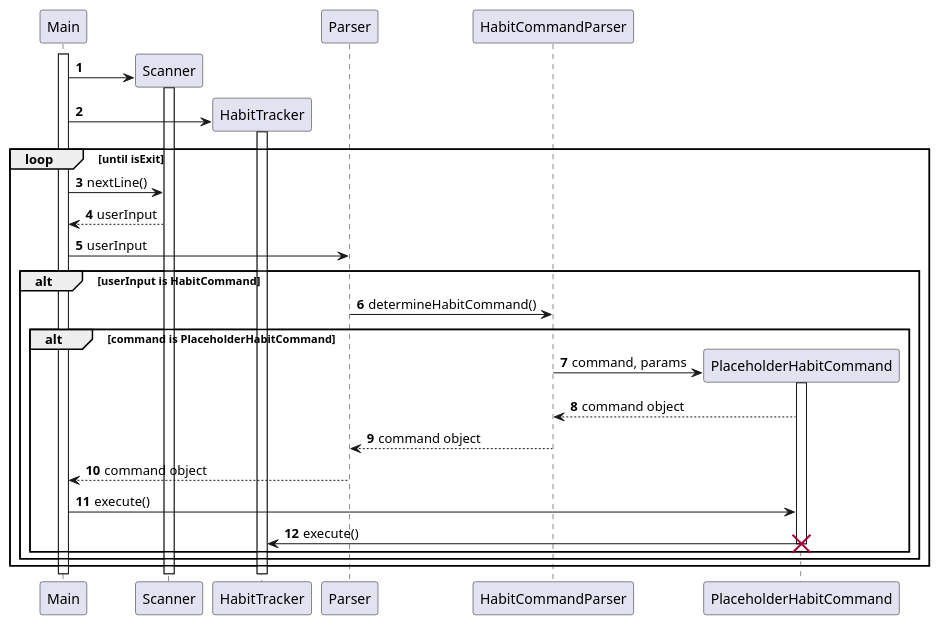
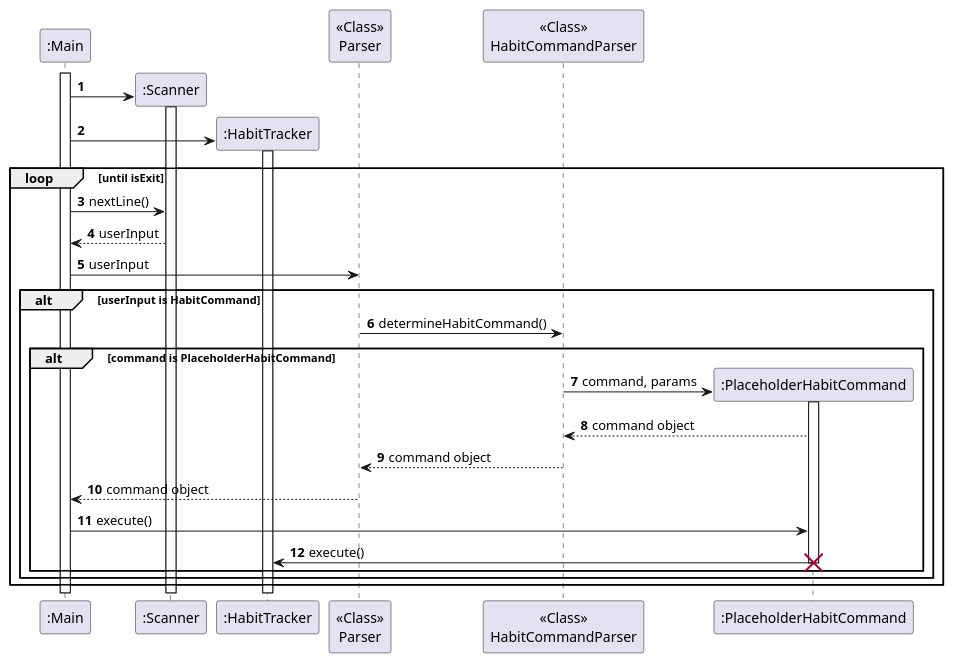
The diagram in docs/diagrams/habit/HabitSequenceDiagram.puml (AY2324S2-CS2113-T11-1/tp), drawn with PlantUML before and after one commit. The commit also changed 3 other files, not shown here.

Commit message:
Update habit class and sequence diagrams

```diff
--- a/docs/diagrams/habit/HabitSequenceDiagram.puml
+++ b/docs/diagrams/habit/HabitSequenceDiagram.puml
@@ -1,45 +1,45 @@
 @startuml
 'https://plantuml.com/sequence-diagram
 
 autonumber
 
-participant Main
-participant Scanner
-participant HabitTracker
-participant Parser
-participant HabitCommandParser
-participant PlaceholderHabitCommand
+participant ":Main" as Main
+participant ":Scanner" as Scanner
+participant ":HabitTracker" as HabitTracker
+participant "<<Class>>\nParser" as Parser
+participant "<<Class>>\nHabitCommandParser" as HabitCommandParser
+participant ":PlaceholderHabitCommand" as PlaceholderHabitCommand
 
 activate Main
 
 create Scanner
 Main -> Scanner
 activate Scanner
 
 create HabitTracker
 Main -> HabitTracker
 activate HabitTracker
 
 loop until isExit
     Main -> Scanner: nextLine()
     Scanner --> Main: userInput
     Main -> Parser: userInput
 
     alt userInput is HabitCommand
         Parser -> HabitCommandParser: determineHabitCommand()
         alt command is PlaceholderHabitCommand
             create PlaceholderHabitCommand
             HabitCommandParser -> PlaceholderHabitCommand: command, params
             activate PlaceholderHabitCommand
             PlaceholderHabitCommand --> HabitCommandParser: command object
             HabitCommandParser --> Parser: command object
             Parser --> Main: command object
             Main -> PlaceholderHabitCommand: execute()
             PlaceholderHabitCommand -> HabitTracker: execute()
             destroy PlaceholderHabitCommand
         end
     end
 end
 
 
 @enduml
```
